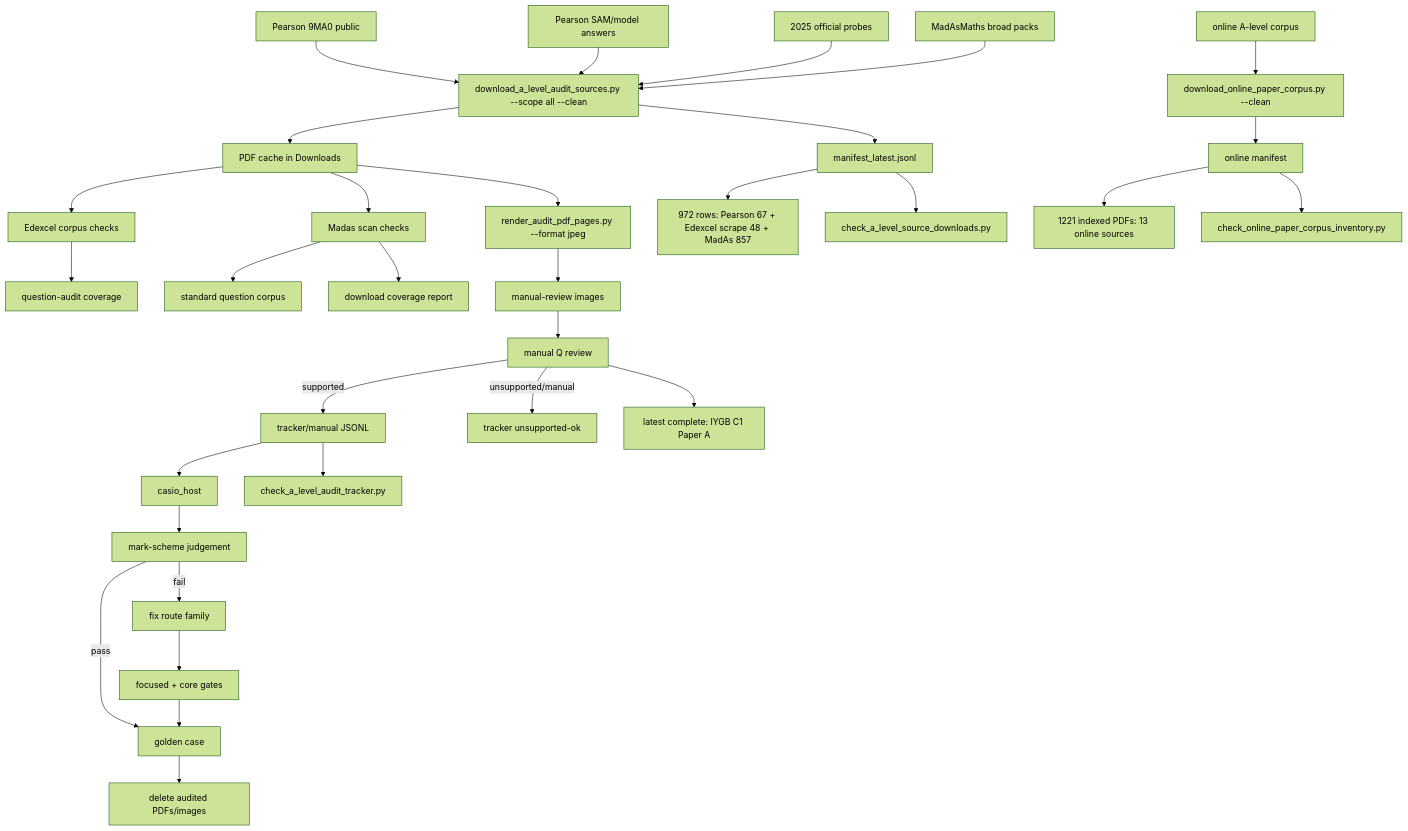
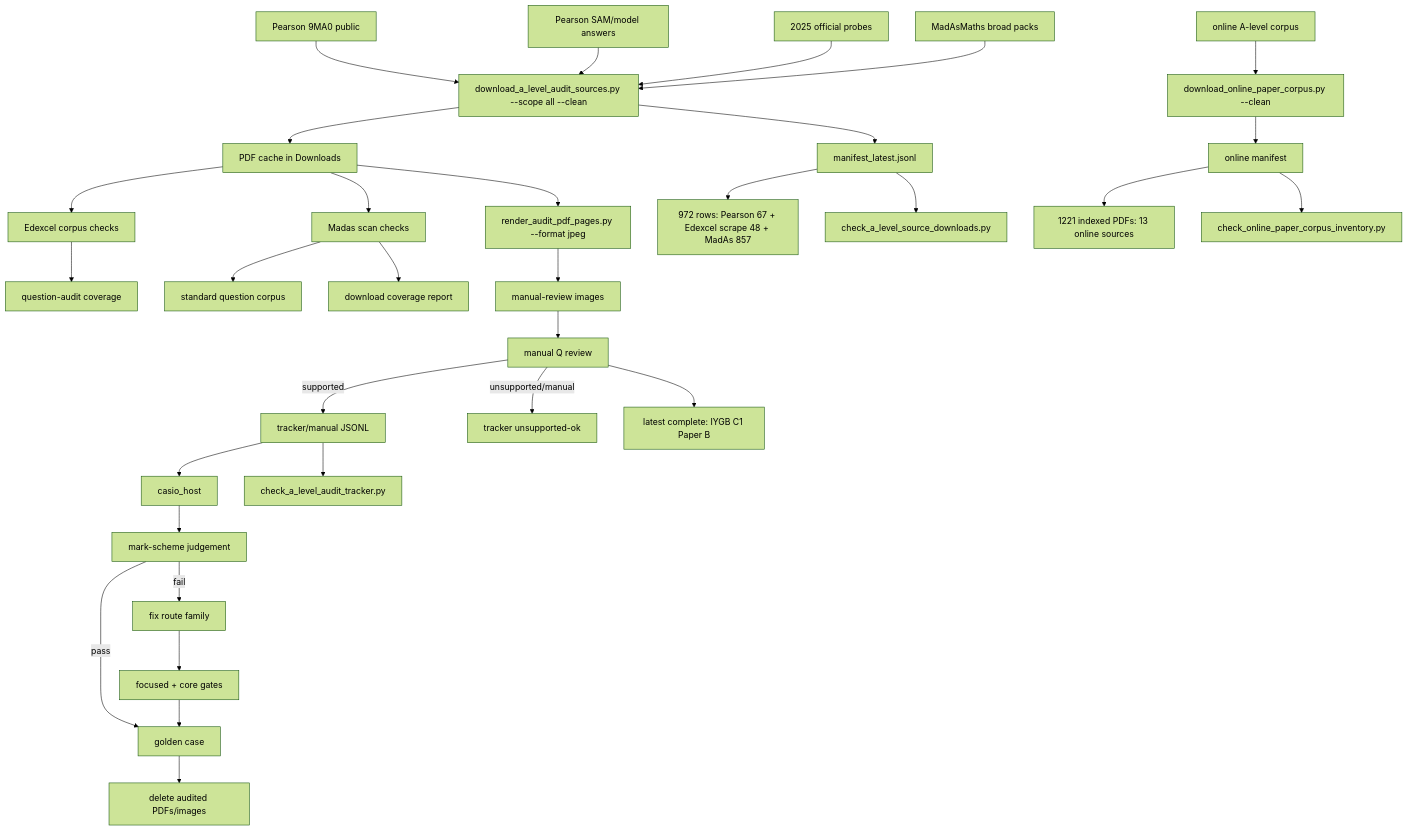
The diagram in c++/tools/golden/a_level_audit_graph.md (james8464/notes-addin-casio-fx-cg50), drawn with Mermaid (forest theme) before and after one commit. The commit also changed other lines of this file and 2 other files, not shown here.

Commit message:
Audit IYGB C1 Paper B

````diff
--- a/c++/tools/golden/a_level_audit_graph.md
+++ b/c++/tools/golden/a_level_audit_graph.md
@@ -3,34 +3,34 @@
 ```mermaid
 graph TD
   E1["Pearson 9MA0 public"] --> D["download_a_level_audit_sources.py --scope all --clean"]
   E2["Pearson SAM/model answers"] --> D
   E3["2025 official probes"] --> D
   M1["MadAsMaths broad packs"] --> D
   O1["online A-level corpus"] --> OD["download_online_paper_corpus.py --clean"]
   D --> P["PDF cache in Downloads"]
   D --> X["manifest_latest.jsonl"]
   OD --> OX["online manifest"]
   X --> XC["972 rows: Pearson 67 + Edexcel scrape 48 + MadAs 857"]
   OX --> OC["1221 indexed PDFs: 13 online sources"]
   X --> V["check_a_level_source_downloads.py"]
   OX --> OV["check_online_paper_corpus_inventory.py"]
   P --> E["Edexcel corpus checks"]
   E --> EQ["question-audit coverage"]
   P --> S["Madas scan checks"]
   S --> M["standard question corpus"]
   S --> MC["download coverage report"]
   P --> R["render_audit_pdf_pages.py --format jpeg"]
   R --> I["manual-review images"]
   I --> Q["manual Q review"]
   Q -->|supported| J["tracker/manual JSONL"]
   Q -->|unsupported/manual| U["tracker unsupported-ok"]
   J --> H["casio_host"]
   J --> K["check_a_level_audit_tracker.py"]
   H --> C["mark-scheme judgement"]
   C -->|pass| G["golden case"]
   C -->|fail| F["fix route family"]
   F --> T["focused + core gates"]
   T --> G
   G --> Z["delete audited PDFs/images"]
-  Q --> Qt["latest complete: IYGB C1 Paper A"]
+  Q --> Qt["latest complete: IYGB C1 Paper B"]
 ```
````
